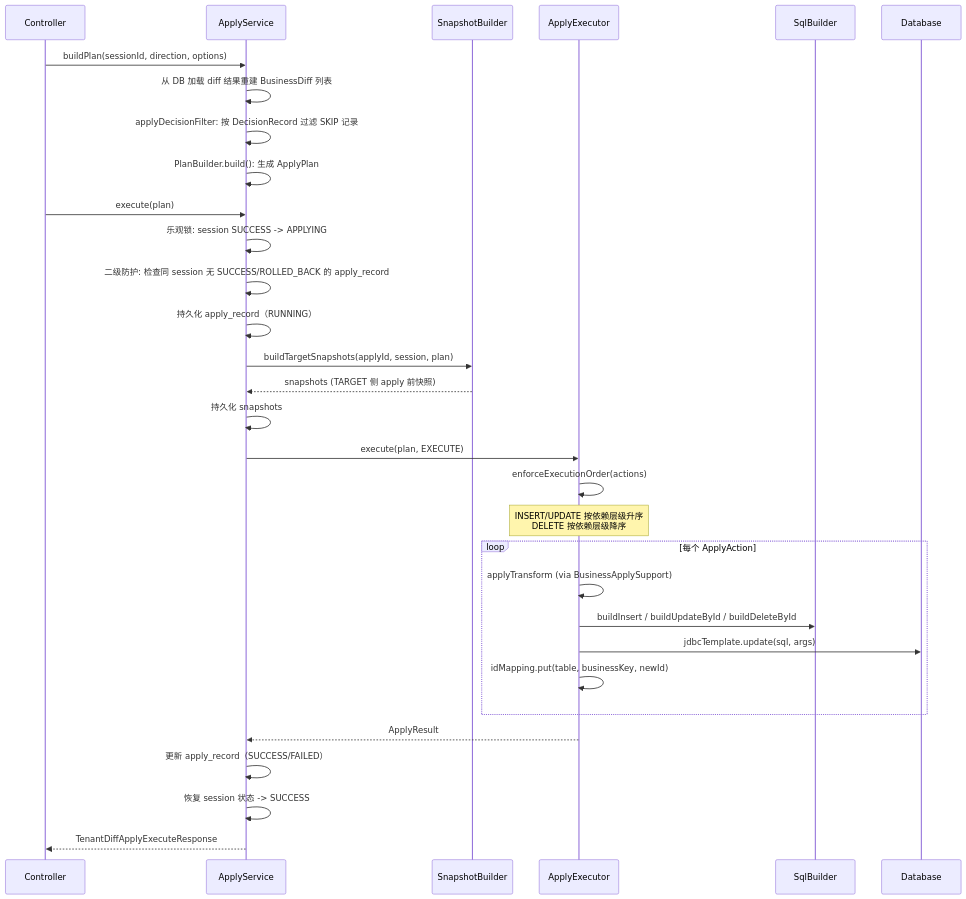
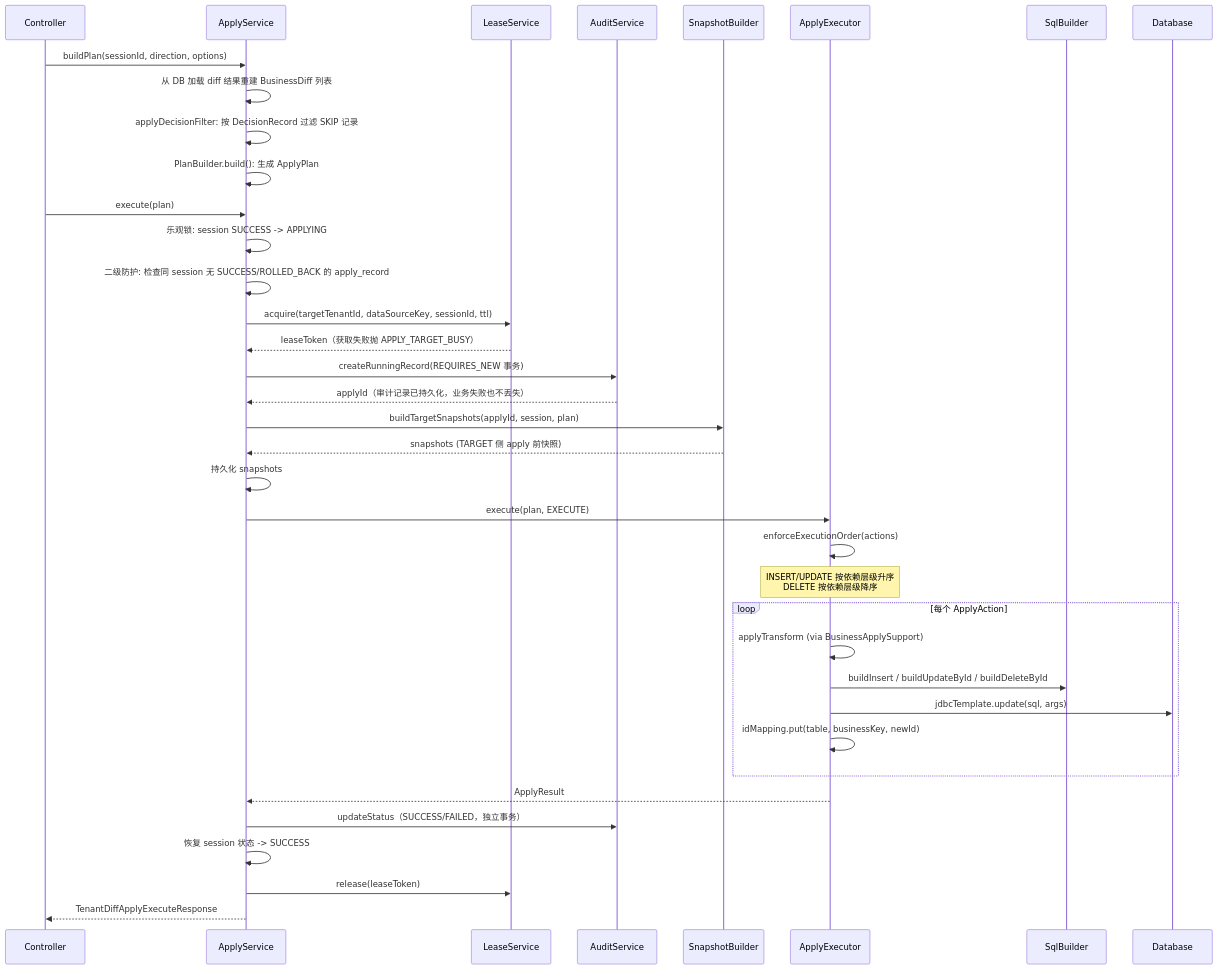
The fifth of 9 diagrams in docs/design-doc.md (shiyongyin/diff), drawn with Mermaid before and after one commit. The commit also changed other lines of this file and 5 other files, not shown here.

````diff
--- a/docs/design-doc.md
+++ b/docs/design-doc.md
@@ -409,34 +412,40 @@
 ```mermaid
 sequenceDiagram
     participant C as Controller
     participant AS as ApplyService
+    participant LS as LeaseService
+    participant AA as AuditService
     participant SB as SnapshotBuilder
     participant AE as ApplyExecutor
     participant SQL as SqlBuilder
     participant DB as Database
 
     C->>AS: buildPlan(sessionId, direction, options)
     AS->>AS: 从 DB 加载 diff 结果重建 BusinessDiff 列表
     AS->>AS: applyDecisionFilter: 按 DecisionRecord 过滤 SKIP 记录
     AS->>AS: PlanBuilder.build(): 生成 ApplyPlan
     C->>AS: execute(plan)
     AS->>AS: 乐观锁: session SUCCESS -> APPLYING
     AS->>AS: 二级防护: 检查同 session 无 SUCCESS/ROLLED_BACK 的 apply_record
-    AS->>AS: 持久化 apply_record（RUNNING）
+    AS->>LS: acquire(targetTenantId, dataSourceKey, sessionId, ttl)
+    LS-->>AS: leaseToken（获取失败抛 APPLY_TARGET_BUSY）
+    AS->>AA: createRunningRecord(REQUIRES_NEW 事务)
+    AA-->>AS: applyId（审计记录已持久化，业务失败也不丢失）
     AS->>SB: buildTargetSnapshots(applyId, session, plan)
     SB-->>AS: snapshots (TARGET 侧 apply 前快照)
     AS->>AS: 持久化 snapshots
     AS->>AE: execute(plan, EXECUTE)
     AE->>AE: enforceExecutionOrder(actions)
     Note over AE: INSERT/UPDATE 按依赖层级升序<br/>DELETE 按依赖层级降序
     loop 每个 ApplyAction
         AE->>AE: applyTransform (via BusinessApplySupport)
         AE->>SQL: buildInsert / buildUpdateById / buildDeleteById
         AE->>DB: jdbcTemplate.update(sql, args)
         AE->>AE: idMapping.put(table, businessKey, newId)
     end
     AE-->>AS: ApplyResult
-    AS->>AS: 更新 apply_record（SUCCESS/FAILED）
+    AS->>AA: updateStatus（SUCCESS/FAILED，独立事务）
     AS->>AS: 恢复 session 状态 -> SUCCESS
+    AS->>LS: release(leaseToken)
     AS-->>C: TenantDiffApplyExecuteResponse
 ```
````
